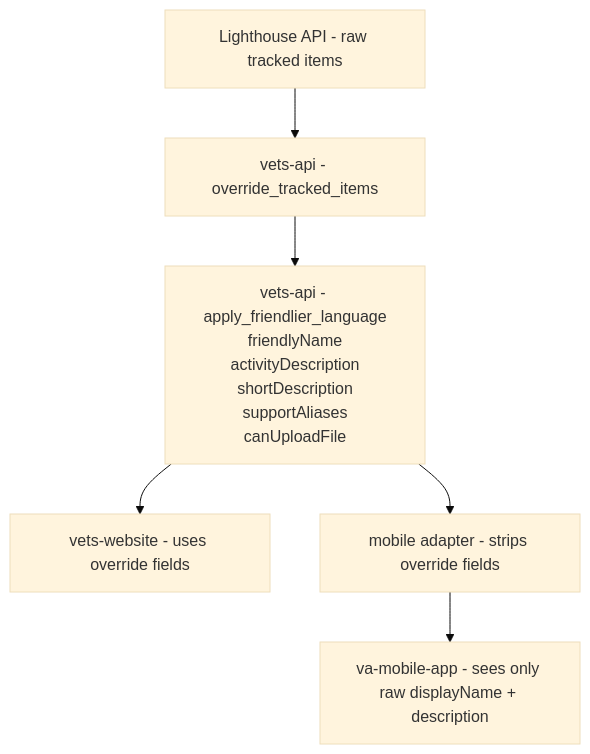
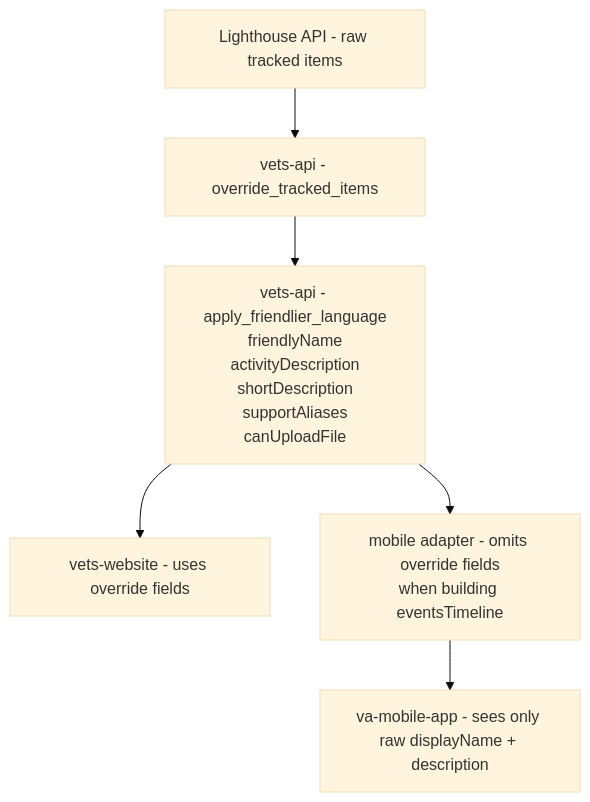
The diagram in products/claim-appeal-status/document-status/engineering/evidence-request-content-generation-spike.md (department-of-veterans-affairs/va.gov-team), drawn with Mermaid (base theme) before and after one commit. The commit also changed other lines of this file, not shown here.

````diff
--- a/products/claim-appeal-status/document-status/engineering/evidence-request-content-generation-spike.md
+++ b/products/claim-appeal-status/document-status/engineering/evidence-request-content-generation-spike.md
@@ -42,12 +42,12 @@
 ```mermaid
 flowchart TD
     A["Lighthouse API - raw tracked items"]
         --> B["vets-api - override_tracked_items"]
 
     B --> C["vets-api - apply_friendlier_language<br/>friendlyName<br/>activityDescription<br/>shortDescription<br/>supportAliases<br/>canUploadFile"]
 
     C --> D1["vets-website - uses override fields"]
-    C --> D2["mobile adapter - strips override fields"]
+    C --> D2["mobile adapter - omits override fields<br/>when building eventsTimeline"]
 
     D2 --> E["va-mobile-app - sees only raw displayName + description"]
 ```
````
